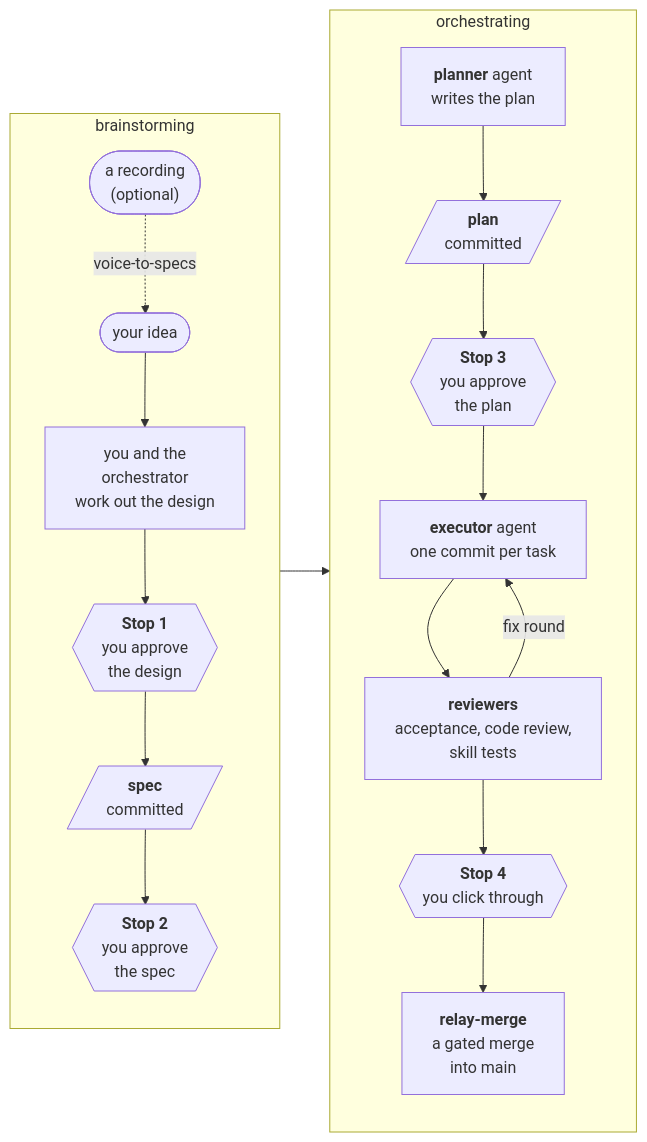
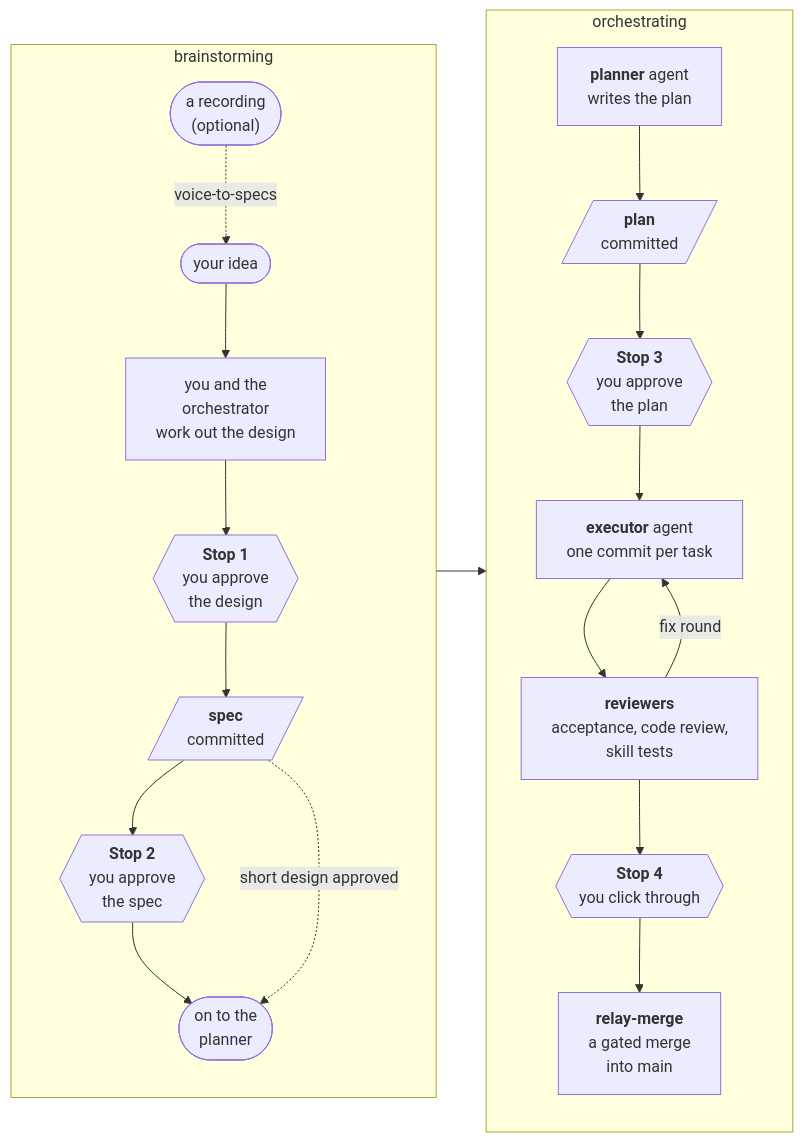
One commit to alexvtejeda/hyper-relay changed the diagram in README.md. Above: the diagram before and after it, drawn with Mermaid. The commit also changed other lines of this file, not shown here.

Commit message:
docs: README's Design row names the builder check; the diagram shows the short-design skip
Approving a short design in brainstorming's first message covers stop 2: a dashed edge from the spec to the hand-over, beside the path through stop 2, inside brainstorming's box so both boxes keep their top-to-bottom layout.

Plan-Task: docs/superpowers/plans/2026-11-19-hyper-relay-brainstorming-v7.md#4
Claude-Session: https://claude.ai/code/session_01C1vwG7wo35yPG7oiqkWVZo

````diff
--- a/README.md
+++ b/README.md
@@ -25,24 +25,26 @@
 ```mermaid
 flowchart LR
     subgraph brainstorming
         direction TB
         rec(["a recording<br>(optional)"]) -. voice-to-specs .-> idea(["your idea"])
         idea --> talk["you and the<br>orchestrator<br>work out the design"]
         talk --> stop1{{"<b>Stop 1</b><br>you approve<br>the design"}}
         stop1 --> spec[/"<b>spec</b><br>committed"/]
         spec --> stop2{{"<b>Stop 2</b><br>you approve<br>the spec"}}
+        stop2 --> handover(["on to the<br>planner"])
+        spec -. short design approved .-> handover
     end
 
     subgraph orchestrating
         direction TB
         planner["<b>planner</b> agent<br>writes the plan"] --> plan[/"<b>plan</b><br>committed"/]
         plan --> stop3{{"<b>Stop 3</b><br>you approve<br>the plan"}}
         stop3 --> executor["<b>executor</b> agent<br>one commit per task"]
         executor --> review["<b>reviewers</b><br>acceptance, code review,<br>skill tests"]
         review -- fix round --> executor
         review --> stop4{{"<b>Stop 4</b><br>you click through"}}
         stop4 --> merge["<b>relay-merge</b><br>a gated merge<br>into main"]
     end
 
     brainstorming --> orchestrating
 ```
````
